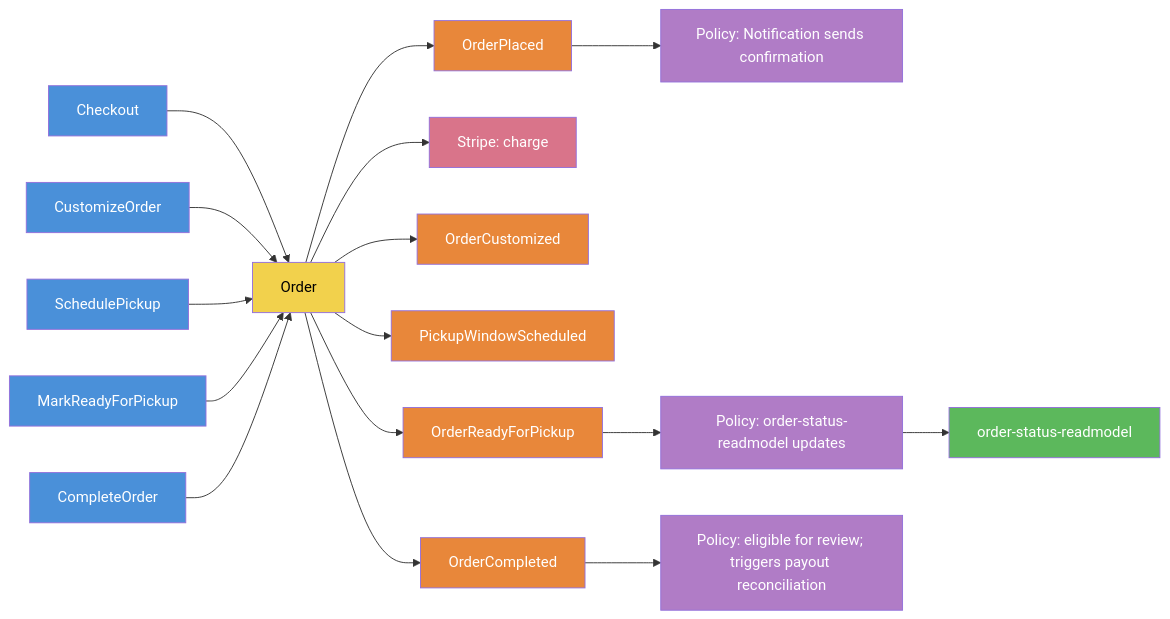
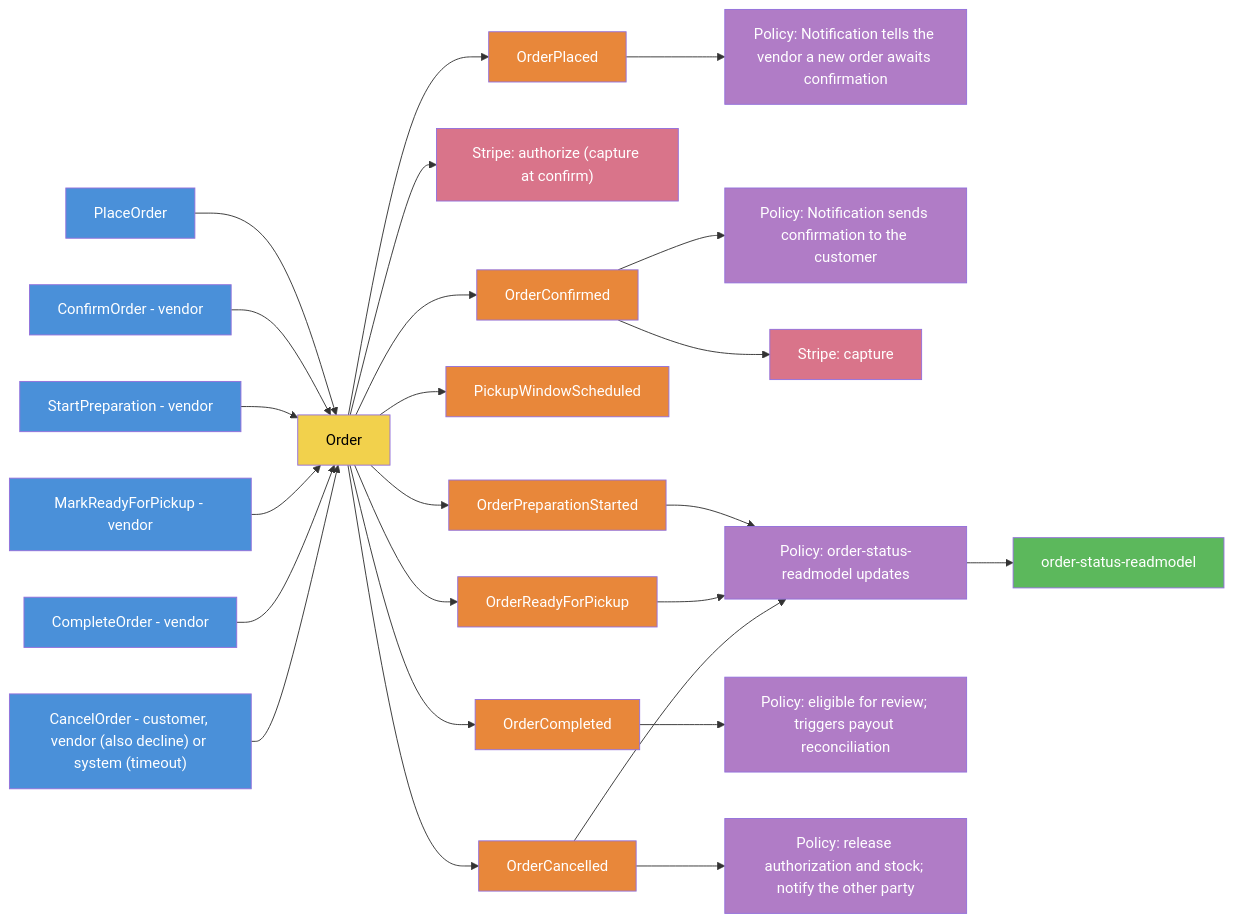
The second of 4 diagrams in docs/architecture/ddd/event-storming.md (benjamin-hedrick/bakery-marketplace), drawn with Mermaid before and after one commit. The commit also changed other lines of this file and 4 other files, not shown here.

First line of the commit message:
Order lifecycle: agreed design, glossary and event-storming updates, register items 51-60

````diff
--- a/docs/architecture/ddd/event-storming.md
+++ b/docs/architecture/ddd/event-storming.md
@@ -33,29 +35,38 @@
 ```mermaid
 graph LR
     classDef command fill:#4A90D9,color:#fff
     classDef aggregate fill:#F2D14C,color:#000
     classDef event fill:#E8873A,color:#fff
     classDef policy fill:#B07CC6,color:#fff
     classDef readmodel fill:#5CB85C,color:#fff
     classDef external fill:#D9748A,color:#fff
 
-    C1[Checkout]:::command --> A1[Order]:::aggregate
+    C1[PlaceOrder]:::command --> A1[Order]:::aggregate
     A1 --> E1[OrderPlaced]:::event
-    E1 --> P1["Policy: Notification sends confirmation"]:::policy
-    A1 --> S1[Stripe: charge]:::external
+    E1 --> P1["Policy: Notification tells the vendor a new order awaits confirmation"]:::policy
+    A1 --> S1["Stripe: authorize (capture at confirm)"]:::external
 
-    C2[CustomizeOrder]:::command --> A1
-    A1 --> E2[OrderCustomized]:::event
+    C2[ConfirmOrder - vendor]:::command --> A1
+    A1 --> E2[OrderConfirmed]:::event
+    A1 --> E3[PickupWindowScheduled]:::event
+    E2 --> P2["Policy: Notification sends confirmation to the customer"]:::policy
+    E2 --> S2["Stripe: capture"]:::external
 
-    C3[SchedulePickup]:::command --> A1
-    A1 --> E3[PickupWindowScheduled]:::event
+    C3[StartPreparation - vendor]:::command --> A1
+    A1 --> E4[OrderPreparationStarted]:::event
+    E4 --> P3["Policy: order-status-readmodel updates"]:::policy
+    P3 --> RM1[order-status-readmodel]:::readmodel
 
-    C4[MarkReadyForPickup]:::command --> A1
-    A1 --> E4[OrderReadyForPickup]:::event
-    E4 --> P2["Policy: order-status-readmodel updates"]:::policy
-    P2 --> RM1[order-status-readmodel]:::readmodel
+    C4[MarkReadyForPickup - vendor]:::command --> A1
+    A1 --> E5[OrderReadyForPickup]:::event
+    E5 --> P3
 
-    C5[CompleteOrder]:::command --> A1
-    A1 --> E5[OrderCompleted]:::event
-    E5 --> P3["Policy: eligible for review; triggers payout reconciliation"]:::policy
+    C5[CompleteOrder - vendor]:::command --> A1
+    A1 --> E6[OrderCompleted]:::event
+    E6 --> P4["Policy: eligible for review; triggers payout reconciliation"]:::policy
+
+    C6["CancelOrder - customer, vendor (also decline) or system (timeout)"]:::command --> A1
+    A1 --> E7[OrderCancelled]:::event
+    E7 --> P5["Policy: release authorization and stock; notify the other party"]:::policy
+    E7 --> P3
 ```
````
